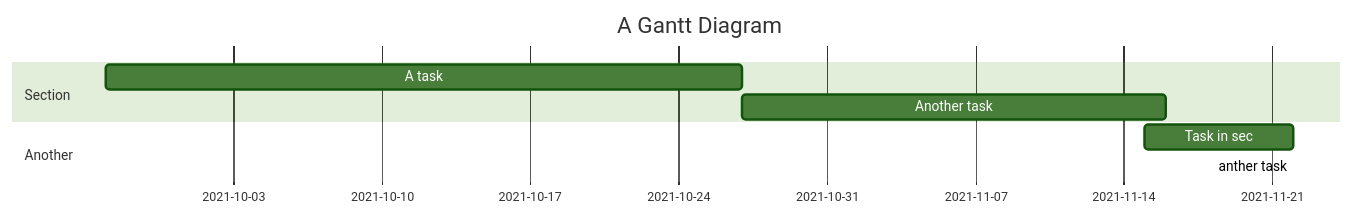
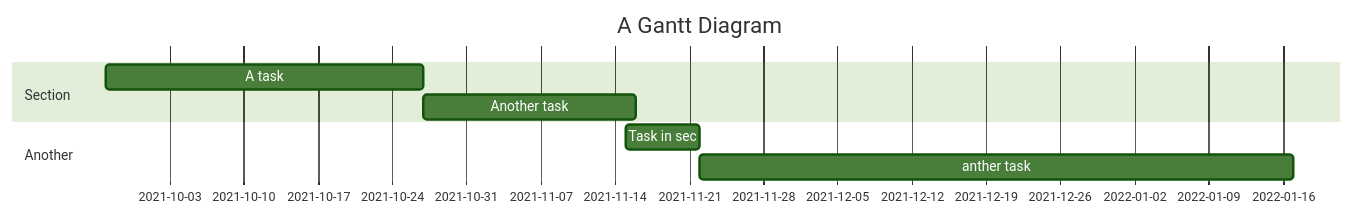
Before and after one commit to ja754969/Julia-Programming: the diagram in README.md, drawn with Mermaid (forest theme).

Commit message:
add connect

````diff
--- a/README.md
+++ b/README.md
@@ -11,11 +13,13 @@
 ```mermaid
 gantt
+    dateFormat  YYYY-MM-DD
     title A Gantt Diagram
-
+    excludes    days
+    
     section Section
     A task           :a1, 2021-09-27, 30d
     Another task     :after a1  , 20d
     section Another
     Task in sec      :2021-11-15  , 7d
     anther task      :2022-01-17
 ```
````
